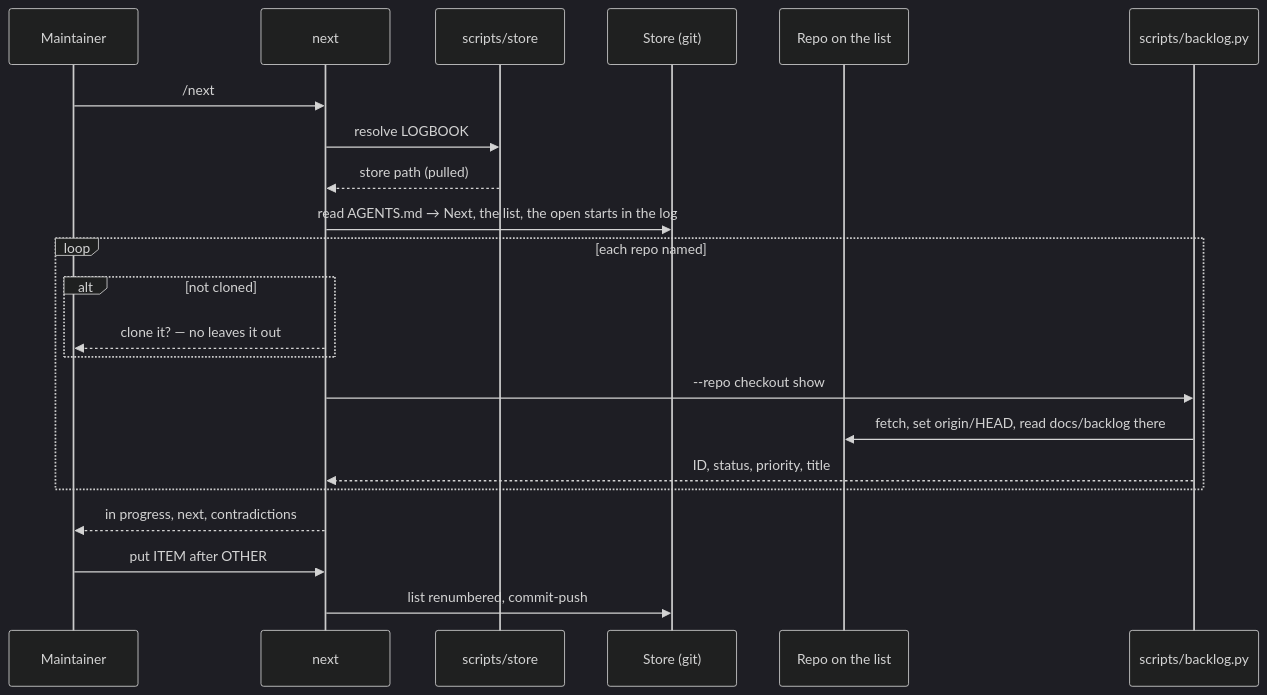
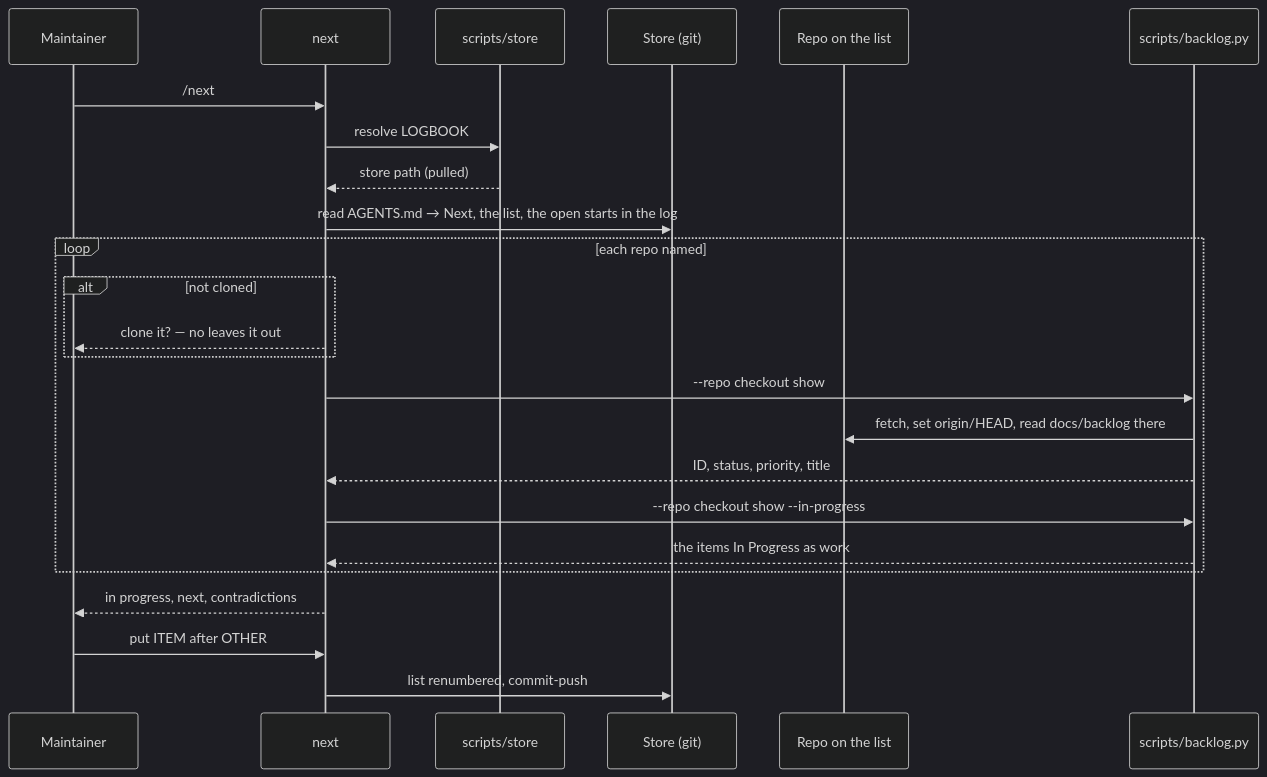
Before and after one commit to xxthunder/xxthunder-agentic-skills: the seventh of 7 diagrams in docs/architecture.md, drawn with Mermaid (dark theme). The commit also changed other lines of this file and 3 other files, not shown here.

First line of the commit message:
feat(next): in progress for the contradiction check from show --in-progress (XAS-042)

````diff
--- a/docs/architecture.md
+++ b/docs/architecture.md
@@ -254,24 +255,26 @@
 ```mermaid
 sequenceDiagram
     participant U as Maintainer
     participant N as next
     participant S as scripts/store
     participant K as Store (git)
     participant R as Repo on the list
     participant P as scripts/backlog.py
     U->>N: /next
     N->>S: resolve LOGBOOK
     S-->>N: store path (pulled)
     N->>K: read AGENTS.md → Next, the list, the open starts in the log
     loop each repo named
         alt not cloned
             N-->>U: clone it? — no leaves it out
         end
         N->>P: --repo checkout show
         P->>R: fetch, set origin/HEAD, read docs/backlog there
         P-->>N: ID, status, priority, title
+        N->>P: --repo checkout show --in-progress
+        P-->>N: the items In Progress as work
     end
     N-->>U: in progress, next, contradictions
     U->>N: put ITEM after OTHER
     N->>K: list renumbered, commit-push
 ```
````
